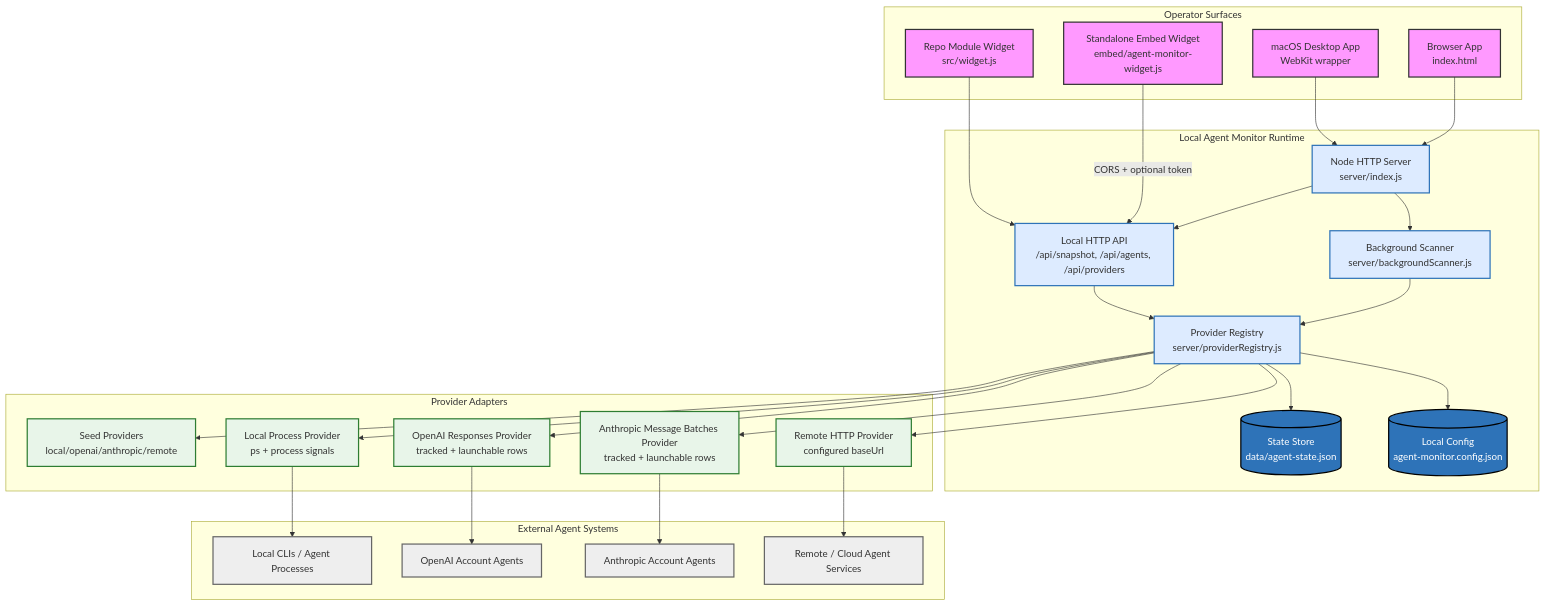
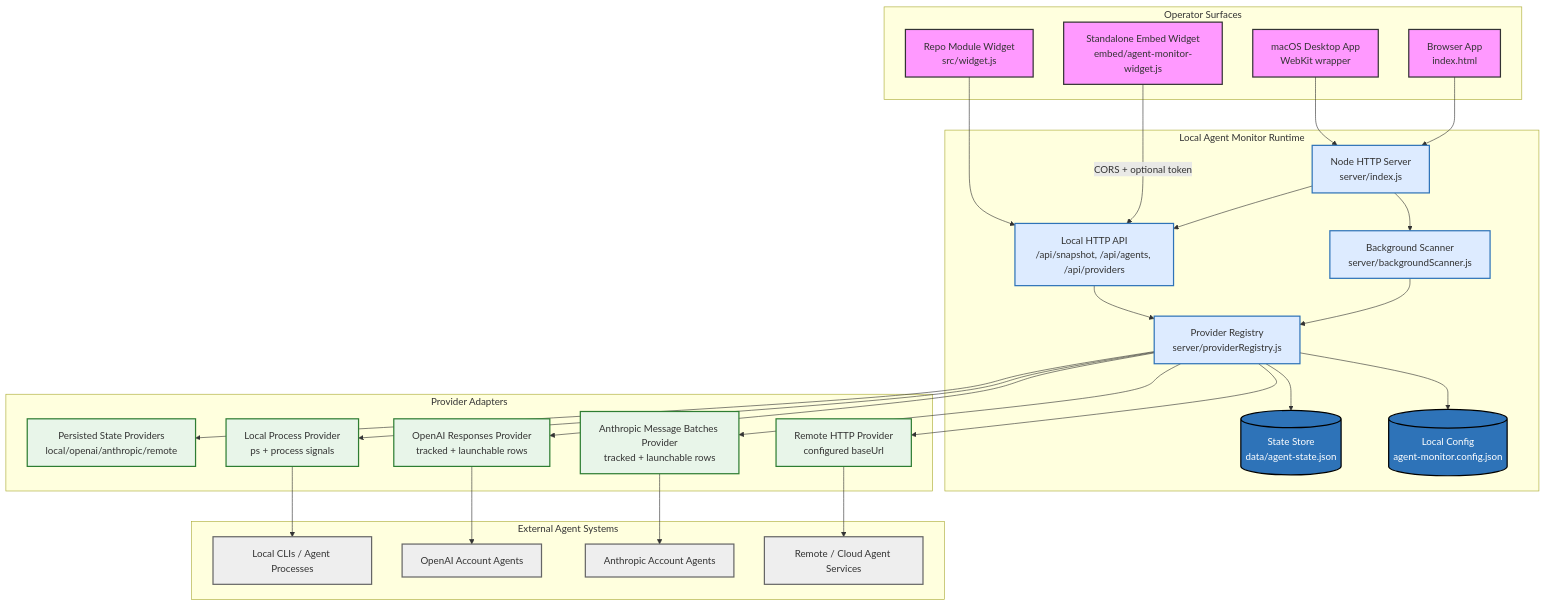
Before and after one commit to NTitterton/agent-monitor: the first of 3 diagrams in project_design.md, drawn with Mermaid. The commit also changed other lines of this file and 8 other files, not shown here.

````diff
--- a/project_design.md
+++ b/project_design.md
@@ -7,64 +7,64 @@
 ```mermaid
 graph TD
     subgraph "Operator Surfaces"
         Desktop["macOS Desktop App<br/>WebKit wrapper"]
         Browser["Browser App<br/>index.html"]
         ModuleWidget["Repo Module Widget<br/>src/widget.js"]
         StandaloneWidget["Standalone Embed Widget<br/>embed/agent-monitor-widget.js"]
     end
 
     subgraph "Local Agent Monitor Runtime"
         StaticServer["Node HTTP Server<br/>server/index.js"]
         API["Local HTTP API<br/>/api/snapshot, /api/agents, /api/providers"]
         Scanner["Background Scanner<br/>server/backgroundScanner.js"]
         Registry["Provider Registry<br/>server/providerRegistry.js"]
         StateStore[("State Store<br/>data/agent-state.json")]
         Config[("Local Config<br/>agent-monitor.config.json")]
     end
 
     subgraph "Provider Adapters"
-        SeedProviders["Seed Providers<br/>local/openai/anthropic/remote"]
+        StateProviders["Persisted State Providers<br/>local/openai/anthropic/remote"]
         LocalProcess["Local Process Provider<br/>ps + process signals"]
         RemoteHTTP["Remote HTTP Provider<br/>configured baseUrl"]
         OpenAIResponses["OpenAI Responses Provider<br/>tracked + launchable rows"]
         AnthropicBatches["Anthropic Message Batches Provider<br/>tracked + launchable rows"]
     end
 
     subgraph "External Agent Systems"
         LocalAgents["Local CLIs / Agent Processes"]
         OpenAI["OpenAI Account Agents"]
         Anthropic["Anthropic Account Agents"]
         CloudAgents["Remote / Cloud Agent Services"]
     end
 
     Desktop --> StaticServer
     Browser --> StaticServer
     ModuleWidget --> API
     StandaloneWidget -- "CORS + optional token" --> API
     StaticServer --> API
     StaticServer --> Scanner
     API --> Registry
     Scanner --> Registry
     Registry --> StateStore
     Registry --> Config
-    Registry --> SeedProviders
+    Registry --> StateProviders
     Registry --> LocalProcess
     Registry --> RemoteHTTP
     Registry --> OpenAIResponses
     Registry --> AnthropicBatches
     LocalProcess --> LocalAgents
     RemoteHTTP --> CloudAgents
     OpenAIResponses --> OpenAI
     AnthropicBatches --> Anthropic
 
     classDef surface fill:#f9f,stroke:#333,stroke-width:2px;
     classDef runtime fill:#DDEBFF,stroke:#2E73B8,stroke-width:2px;
     classDef store fill:#2E73B8,stroke:#000,stroke-width:2px,color:#fff;
     classDef provider fill:#E8F5E9,stroke:#2E7D32,stroke-width:2px;
     classDef external fill:#EEE,stroke:#666,stroke-width:2px;
     class Desktop,Browser,ModuleWidget,StandaloneWidget surface;
     class StaticServer,API,Scanner,Registry runtime;
     class StateStore,Config store;
-    class SeedProviders,LocalProcess,RemoteHTTP,OpenAIResponses,AnthropicBatches provider;
+    class StateProviders,LocalProcess,RemoteHTTP,OpenAIResponses,AnthropicBatches provider;
     class LocalAgents,OpenAI,Anthropic,CloudAgents external;
 ```
````
